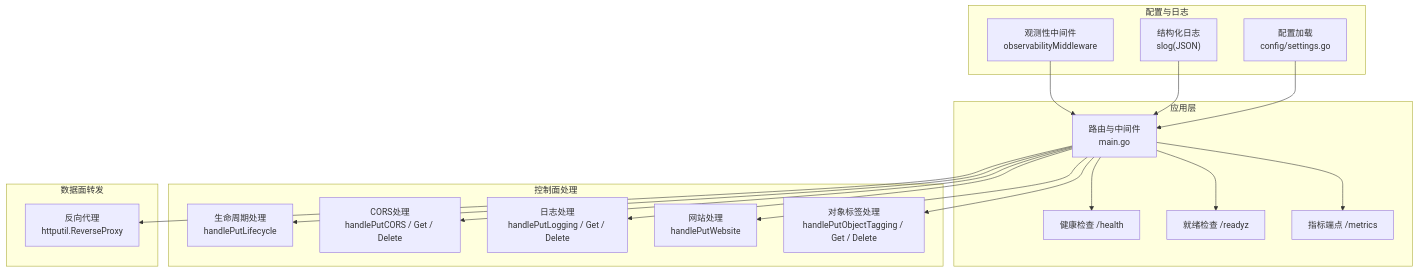
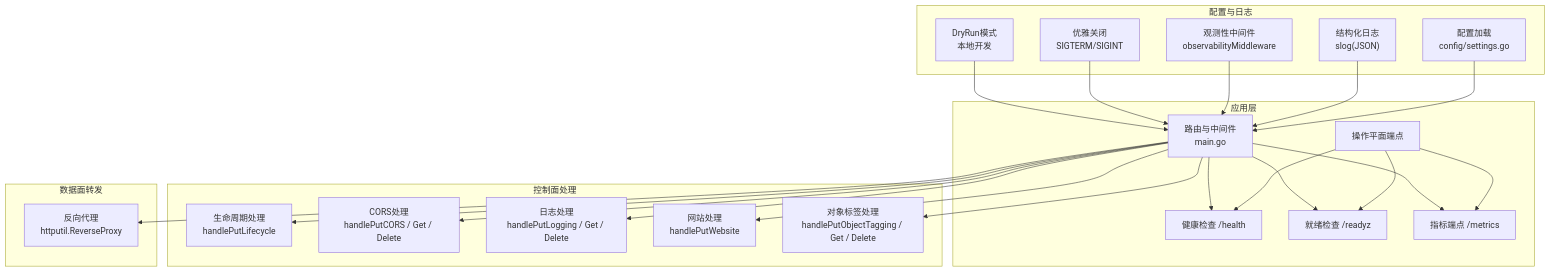
One commit to flying1574/S3Proxy4GCS changed the first of 5 diagrams in .qoder/repowiki/zh/content/部署与运维/部署与运维.md. Above: the diagram before and after it, drawn with Mermaid. The commit also changed other lines of this file and 10 other files, not shown here.

````diff
--- a/.qoder/repowiki/zh/content/部署与运维/部署与运维.md
+++ b/.qoder/repowiki/zh/content/部署与运维/部署与运维.md
@@ -53,36 +54,44 @@
 ```mermaid
 graph TB
 subgraph "应用层"
 R["路由与中间件<br/>main.go"]
 H["健康检查 /health"]
 RZ["就绪检查 /readyz"]
 M["指标端点 /metrics"]
+ENDP["操作平面端点"]
+ENDP --> H
+ENDP --> RZ
+ENDP --> M
 end
 subgraph "控制面处理"
 L["生命周期处理<br/>handlePutLifecycle"]
 C["CORS处理<br/>handlePutCORS / Get / Delete"]
 LG["日志处理<br/>handlePutLogging / Get / Delete"]
 W["网站处理<br/>handlePutWebsite"]
 T["对象标签处理<br/>handlePutObjectTagging / Get / Delete"]
 end
 subgraph "数据面转发"
 RP["反向代理<br/>httputil.ReverseProxy"]
 end
 subgraph "配置与日志"
 CFG["配置加载<br/>config/settings.go"]
 LOG["结构化日志<br/>slog(JSON)"]
 OBS["观测性中间件<br/>observabilityMiddleware"]
+GRACE["优雅关闭<br/>SIGTERM/SIGINT"]
+DRY["DryRun模式<br/>本地开发"]
 end
 R --> H
 R --> RZ
 R --> M
 R --> L
 R --> C
 R --> LG
 R --> W
 R --> T
 R --> RP
 CFG --> R
 LOG --> R
 OBS --> R
+GRACE --> R
+DRY --> R
 ```
````
